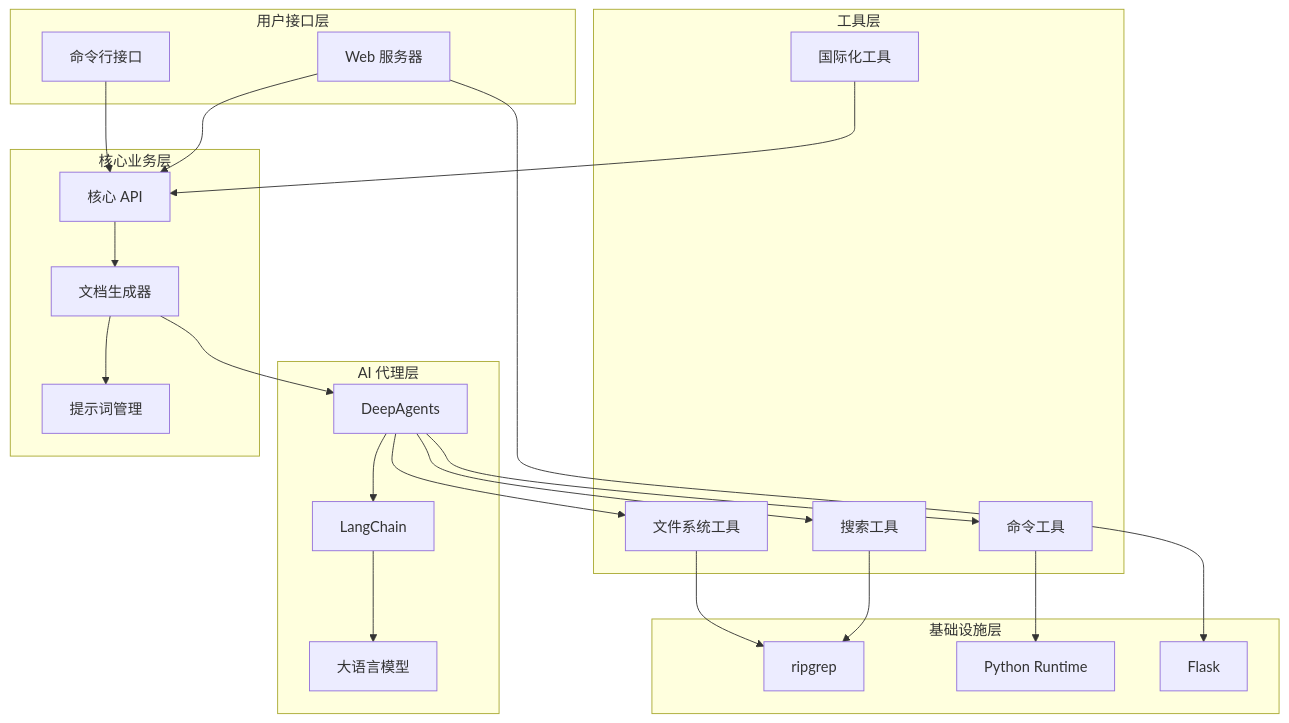
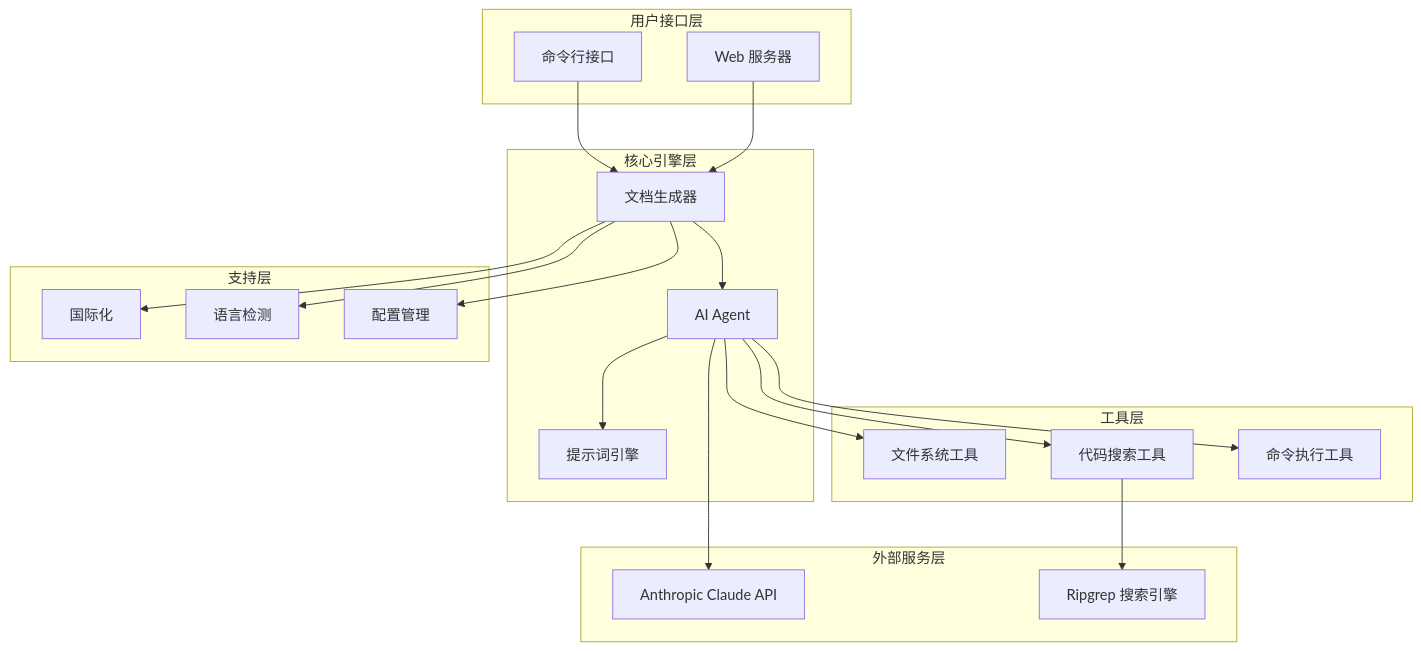
Before and after one commit to dean2021/codeviewx: the first of 5 diagrams in docs/zh/03-architecture.md, drawn with Mermaid. The commit also changed other lines of this file and 6 other files, not shown here.

````diff
--- a/docs/zh/03-architecture.md
+++ b/docs/zh/03-architecture.md
@@ -7,48 +7,43 @@
 ```mermaid
 graph TB
     subgraph "用户接口层"
         CLI[命令行接口]
         WEB[Web 服务器]
     end
     
-    subgraph "核心业务层"
+    subgraph "核心引擎层"
         GEN[文档生成器]
-        CORE[核心 API]
-        PROMPT[提示词管理]
-    end
-    
-    subgraph "AI 代理层"
-        AGENT[DeepAgents]
-        LANGCHAIN[LangChain]
-        LLM[大语言模型]
+        AGENT[AI Agent]
+        PROMPT[提示词引擎]
     end
     
     subgraph "工具层"
         FS[文件系统工具]
-        SEARCH[搜索工具]
-        CMD[命令工具]
-        I18N[国际化工具]
+        SEARCH[代码搜索工具]
+        CMD[命令执行工具]
     end
     
-    subgraph "基础设施层"
-        RIPGREP[ripgrep]
-        FLASK[Flask]
-        PYTHON[Python Runtime]
+    subgraph "外部服务层"
+        ANTHROPIC[Anthropic Claude API]
+        RG[Ripgrep 搜索引擎]
     end
     
-    CLI --> CORE
-    WEB --> CORE
-    CORE --> GEN
-    GEN --> PROMPT
+    subgraph "支持层"
+        I18N[国际化]
+        LANG[语言检测]
+        CONFIG[配置管理]
+    end
+    
+    CLI --> GEN
+    WEB --> GEN
     GEN --> AGENT
-    AGENT --> LANGCHAIN
-    LANGCHAIN --> LLM
+    AGENT --> PROMPT
     AGENT --> FS
     AGENT --> SEARCH
     AGENT --> CMD
-    FS --> RIPGREP
-    SEARCH --> RIPGREP
-    CMD --> PYTHON
-    WEB --> FLASK
-    I18N --> CORE
+    SEARCH --> RG
+    AGENT --> ANTHROPIC
+    GEN --> I18N
+    GEN --> LANG
+    GEN --> CONFIG
 ```
````
